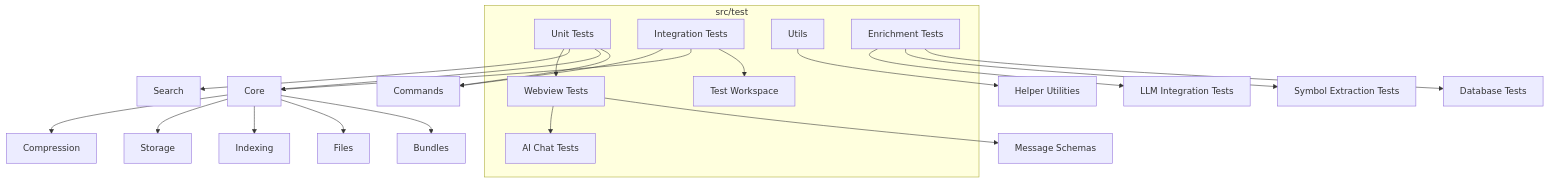
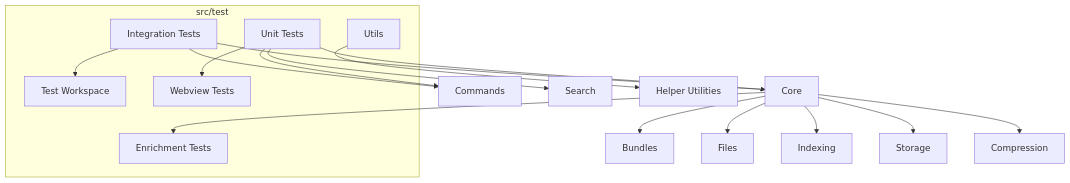
One commit to bramburn/repomix-runner changed the first of 20 diagrams in .qoder/repowiki/en/content/Testing Framework/Testing Framework.md. Above: the diagram before and after it, drawn with Mermaid. The commit also changed other lines of this file and 41 other files, not shown here.

````diff
--- a/.qoder/repowiki/en/content/Testing Framework/Testing Framework.md
+++ b/.qoder/repowiki/en/content/Testing Framework/Testing Framework.md
@@ -80,30 +73,25 @@
 ```mermaid
 graph TB
 subgraph "src/test"
 UT["Unit Tests"]
 IT["Integration Tests"]
 TW["Test Workspace"]
 U["Utils"]
 WV["Webview Tests"]
-AC["AI Chat Tests"]
-ENR["Enrichment Tests"]
+END["Enrichment Tests"]
 end
 UT --> CMD["Commands"]
 UT --> CORE["Core"]
 UT --> SRCH["Search"]
 UT --> WV
-WV --> MS["Message Schemas"]
-WV --> AC
 CORE --> BUNDLES["Bundles"]
 CORE --> FILES["Files"]
 CORE --> IDX["Indexing"]
 CORE --> STORAGE["Storage"]
 CORE --> COMP["Compression"]
+CORE --> END
 IT --> TW
 IT --> CORE
 IT --> CMD
 U --> HELP["Helper Utilities"]
-ENR --> DBTEST["Database Tests"]
-ENR --> SYMTEST["Symbol Extraction Tests"]
-ENR --> LLMTEST["LLM Integration Tests"]
 ```
````
